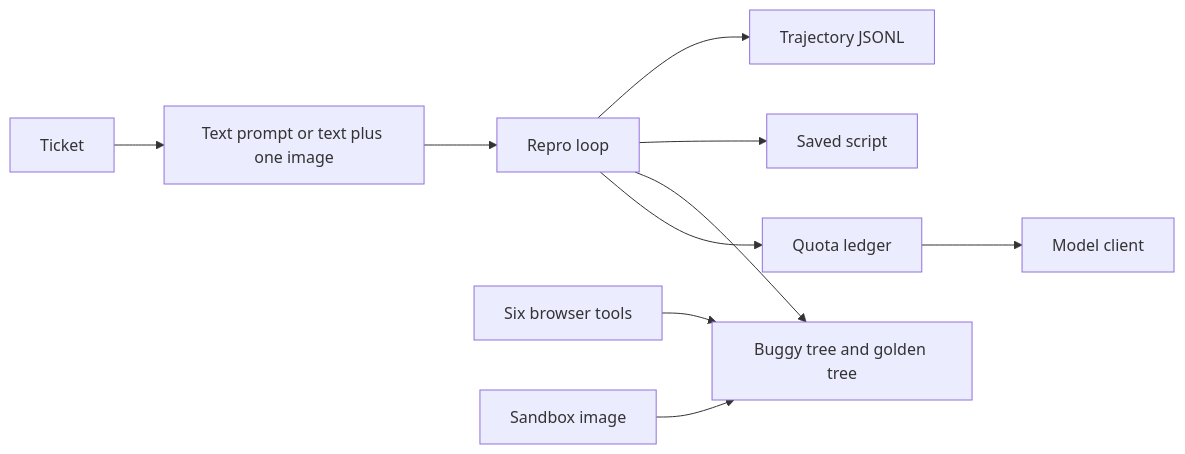
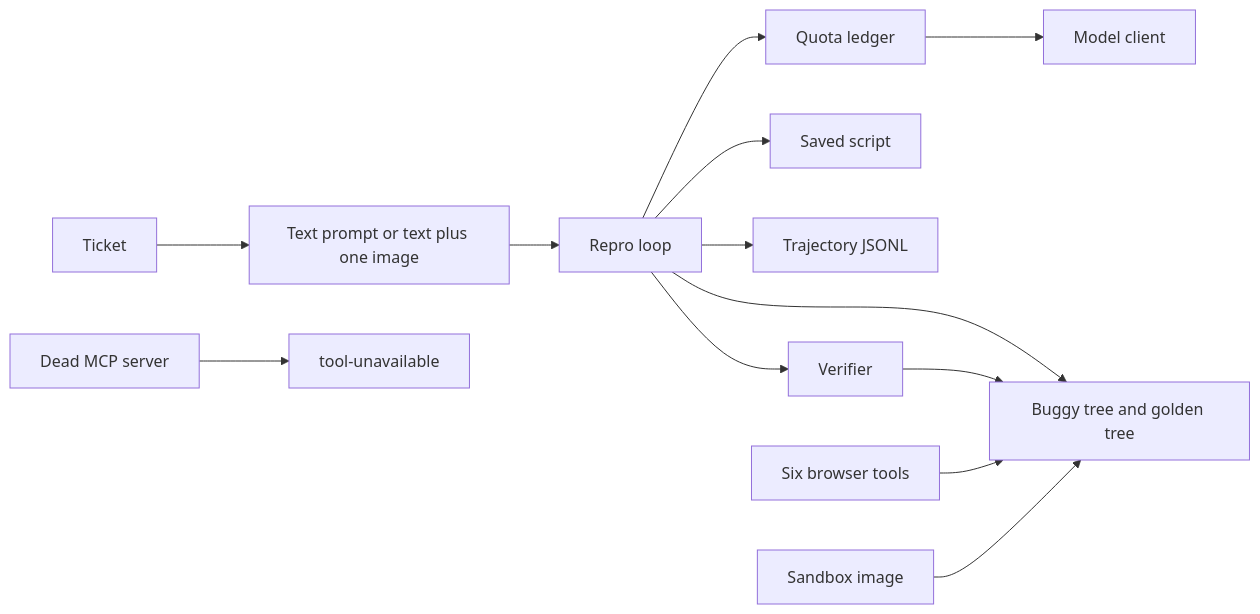
Before and after one commit to vibhu-0511/argus: the second of 2 diagrams in docs/architecture/p1.md, drawn with Mermaid. The commit also changed other lines of this file and 17 other files, not shown here.

First line of the commit message:
Add the repro verifier and the dead-server stop.

````diff
--- a/docs/architecture/p1.md
+++ b/docs/architecture/p1.md
@@ -67,12 +65,15 @@
 ```mermaid
 flowchart LR
   ticket[Ticket] --> prompt[Text prompt or text plus one image]
   prompt --> loop[Repro loop]
   loop --> ledger[Quota ledger]
   ledger --> model[Model client]
   loop --> trees[Buggy tree and golden tree]
   loop --> script[Saved script]
   loop --> traj[Trajectory JSONL]
+  loop --> verdict[Verifier]
+  verdict --> trees
   tools[Six browser tools] --> trees
   sandbox[Sandbox image] --> trees
+  dead[Dead MCP server] --> stop[tool-unavailable]
 ```
````
